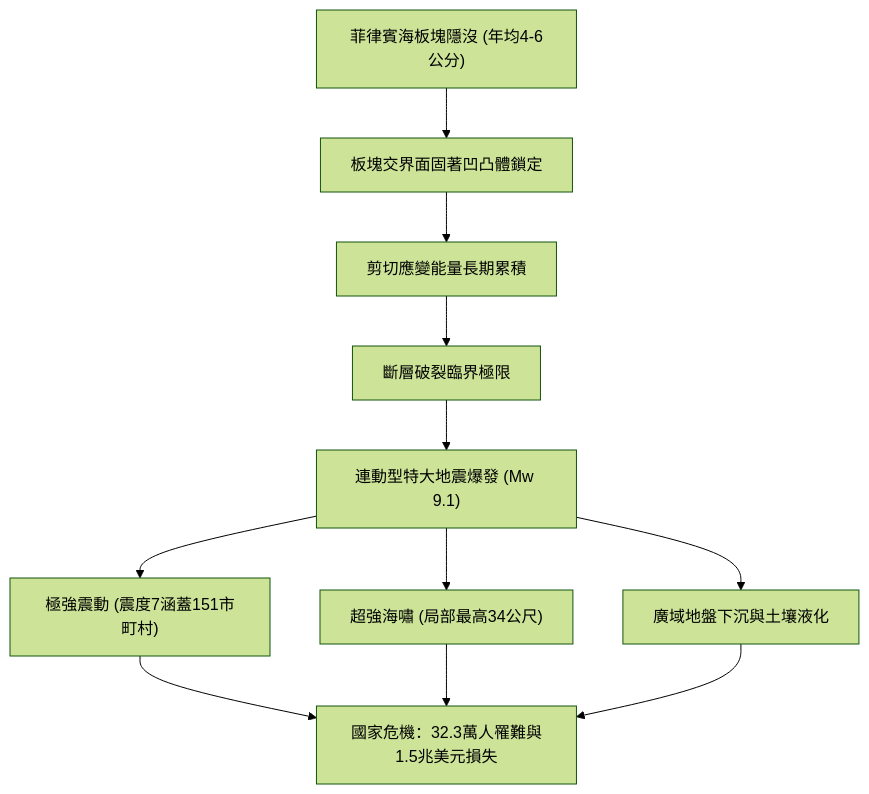
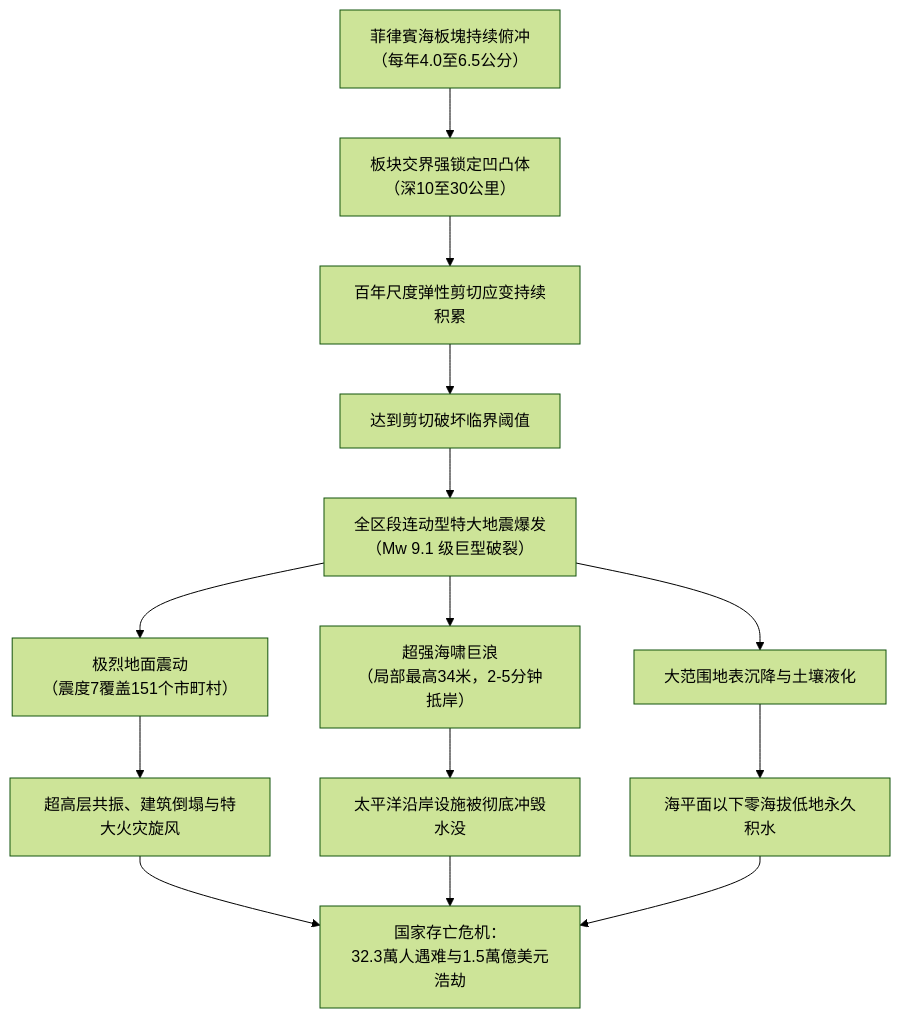
The first of 10 diagrams in content/post/nankai-trough-megathrust-earthquake-scientific-guide-disaster-prevention/index.zh-tw.md (kenjinote/blog), drawn with Mermaid (forest theme) before and after one commit. The commit also changed other lines of this file and 12 other files, not shown here.

````diff
--- a/content/post/nankai-trough-megathrust-earthquake-scientific-guide-disaster-prevention/index.zh-tw.md
+++ b/content/post/nankai-trough-megathrust-earthquake-scientific-guide-disaster-prevention/index.zh-tw.md
@@ -17,13 +27,14 @@
 ```mermaid
 flowchart TD
-    P1["菲律賓海板塊隱沒 (年均4-6公分)"] --> P2["板塊交界面固著凹凸體鎖定"]
-    P2 --> P3["剪切應變能量長期累積"]
-    P3 --> P4["斷層破裂臨界極限"]
-    P4 --> P5["連動型特大地震爆發 (Mw 9.1)"]
-    P5 --> E1["極強震動 (震度7涵蓋151市町村)"]
-    P5 --> E2["超強海嘯 (局部最高34公尺)"]
-    P5 --> E3["廣域地盤下沉與土壤液化"]
-    E1 --> TOTAL["國家危機：32.3萬人罹難與1.5兆美元損失"]
-    E2 --> TOTAL
-    E3 --> TOTAL
+    P1["菲律賓海板塊持续俯冲<br/>（每年4.0至6.5公分）"] --> P2["板块交界强锁定凹凸体<br/>（深10至30公里）"]
+    P2 --> P3["百年尺度弹性剪切应变持续积累"]
+    P3 --> P4["达到剪切破坏临界阈值"]
+    P4 --> P5["全区段连动型特大地震爆发<br/>（Mw 9.1 级巨型破裂）"]
+    P5 --> E1["极烈地面震动<br/>（震度7覆盖151个市町村）"]
+    P5 --> E2["超强海啸巨浪<br/>（局部最高34米，2-5分钟抵岸）"]
+    P5 --> E3["大范围地表沉降与土壤液化"]
+    E1 --> D1["超高层共振、建筑倒塌与特大火灾旋风"]
+    E2 --> D2["太平洋沿岸设施被彻底冲毁水没"]
+    E3 --> D3["海平面以下零海拔低地永久积水"]
+    D1 & D2 & D3 --> TOTAL["国家存亡危机：<br/>32.3萬人遇难与1.5萬億美元浩劫"]
 ```
````
